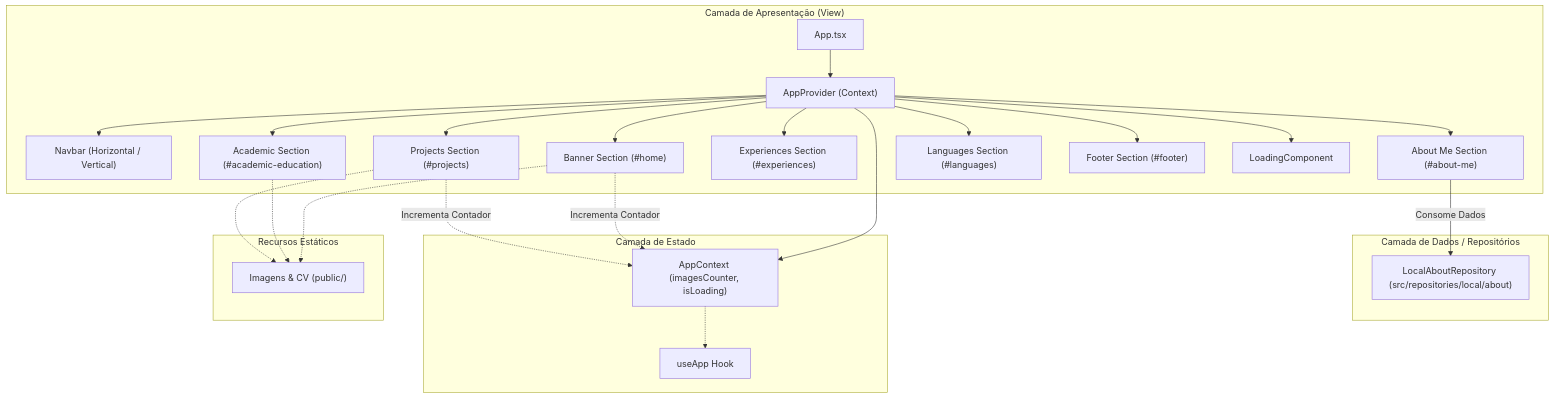
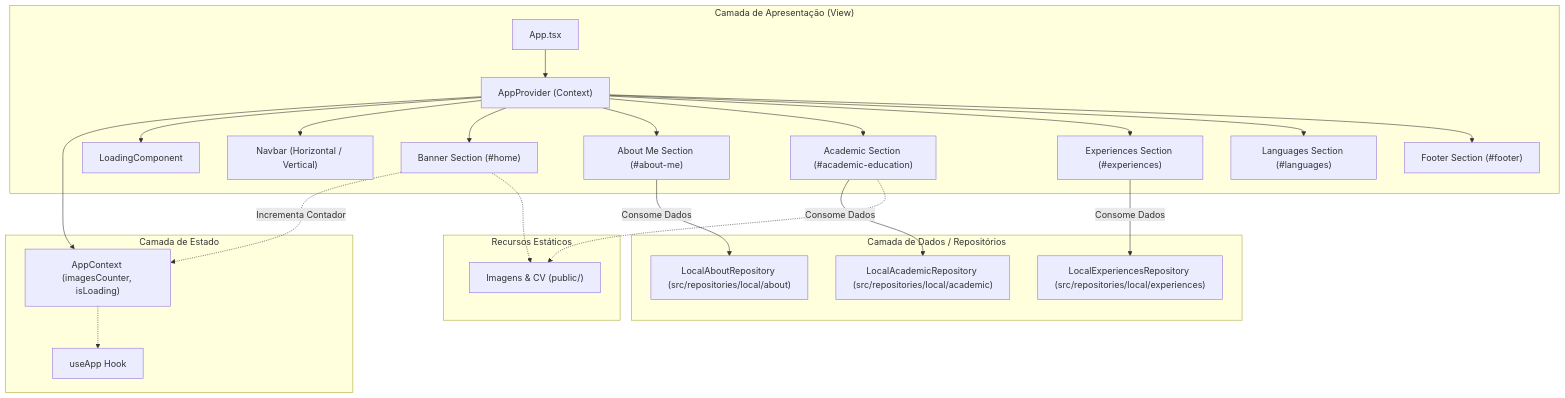
One commit to FabioFPaulo/my-portfolio changed the first of 2 diagrams in docs/architecture.md. Above: the diagram before and after it, drawn with Mermaid. The commit also changed 4 other files, not shown here.

````diff
--- a/docs/architecture.md
+++ b/docs/architecture.md
@@ -14,49 +14,49 @@
 ```mermaid
 flowchart TD
     subgraph UI ["Camada de Apresentação (View)"]
         App["App.tsx"]
         Provider["AppProvider (Context)"]
         Nav["Navbar (Horizontal / Vertical)"]
         Banner["Banner Section (#home)"]
         About["About Me Section (#about-me)"]
         Academic["Academic Section (#academic-education)"]
         Exp["Experiences Section (#experiences)"]
-        Projects["Projects Section (#projects)"]
         Langs["Languages Section (#languages)"]
         Footer["Footer Section (#footer)"]
         Loading["LoadingComponent"]
     end
 
     subgraph Repositories ["Camada de Dados / Repositórios"]
         AboutRepo["LocalAboutRepository (src/repositories/local/about)"]
+        ExpRepo["LocalExperiencesRepository (src/repositories/local/experiences)"]
+        AcadRepo["LocalAcademicRepository (src/repositories/local/academic)"]
     end
 
     subgraph State ["Camada de Estado"]
         AppContext["AppContext (imagesCounter, isLoading)"]
         UseApp["useApp Hook"]
     end
 
     subgraph Assets ["Recursos Estáticos"]
         PublicAssets["Imagens & CV (public/)"]
     end
 
     App --> Provider
     Provider --> AppContext
     AppContext -.-> UseApp
     Provider --> Loading
     Provider --> Nav
     Provider --> Banner
     Provider --> About
     Provider --> Academic
     Provider --> Exp
-    Provider --> Projects
     Provider --> Langs
     Provider --> Footer
 
     About -->|Consome Dados| AboutRepo
+    Academic -->|Consome Dados| AcadRepo
+    Exp -->|Consome Dados| ExpRepo
     Banner -.->|Incrementa Contador| AppContext
-    Projects -.->|Incrementa Contador| AppContext
     Banner -.-> PublicAssets
     Academic -.-> PublicAssets
-    Projects -.-> PublicAssets
 ```
````
